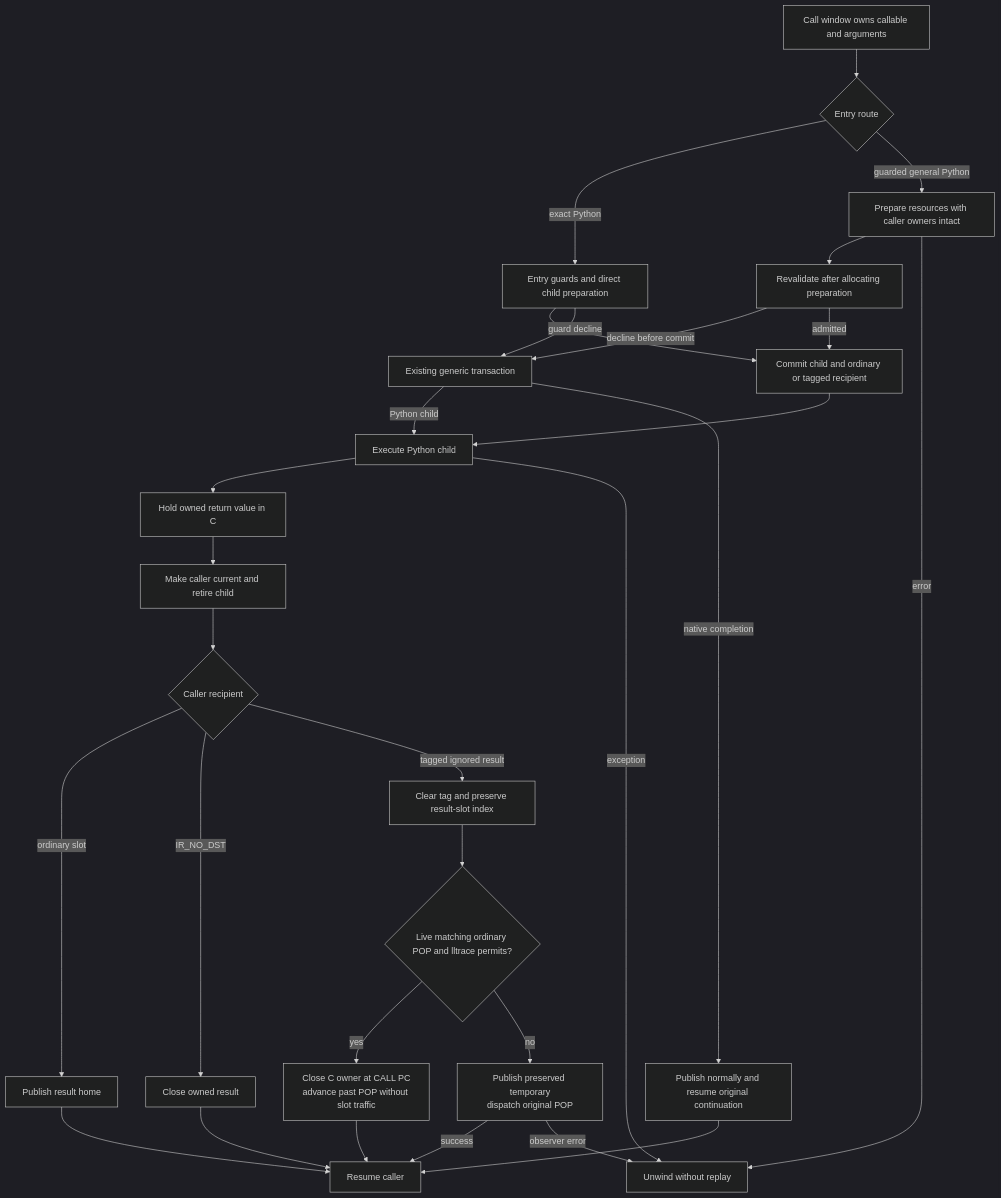
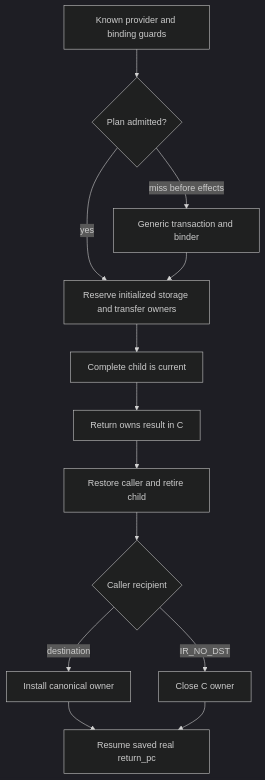
Before and after one commit to rjpower/cpython: the second of 2 diagrams in pyjit/design/interpreter.md, drawn with Mermaid (dark theme). The commit also changed other lines of this file and 37 other files, not shown here.

````diff
--- a/pyjit/design/interpreter.md
+++ b/pyjit/design/interpreter.md
@@ -179,31 +93,15 @@
 ```mermaid
 flowchart TD
-    call[Call window owns callable and arguments] --> route{Entry route}
-    route -->|exact Python| exact[Entry guards and direct child preparation]
-    route -->|guarded general Python| prep[Prepare resources with caller owners intact]
-    prep --> guards[Revalidate after allocating preparation]
-    guards -->|decline before commit| generic[Existing generic transaction]
-    exact --> commit[Commit child and ordinary or tagged recipient]
-    guards -->|admitted| commit
-    exact -->|guard decline| generic
-    commit --> child[Execute Python child]
-    generic -->|Python child| child
-    generic -->|native completion| native[Publish normally and resume original continuation]
-    child --> result[Hold owned return value in C]
-    result --> retire[Make caller current and retire child]
+    guard[Known provider and binding guards] --> decision{Plan admitted?}
+    decision -->|yes| commit[Reserve initialized storage and transfer owners]
+    decision -->|miss before effects| generic[Generic transaction and binder]
+    generic --> commit
+    commit --> child[Complete child is current]
+    child --> result[Return owns result in C]
+    result --> retire[Restore caller and retire child]
     retire --> recipient{Caller recipient}
-    recipient -->|ordinary slot| publish[Publish result home]
-    recipient -->|IR_NO_DST| close[Close owned result]
-    recipient -->|tagged ignored result| clear[Clear tag and preserve result-slot index]
-    clear --> live{Live matching ordinary POP and lltrace permits?}
-    live -->|yes| direct[Close C owner at CALL PC<br/>advance past POP without slot traffic]
-    live -->|no| fallback[Publish preserved temporary<br/>dispatch original POP]
-    publish --> resume[Resume caller]
-    close --> resume
-    direct --> resume
-    fallback -->|success| resume
-    fallback -->|observer error| error
-    native --> resume
-    prep -->|error| error[Unwind without replay]
-    child -->|exception| error
+    recipient -->|destination| store[Install canonical owner]
+    recipient -->|IR_NO_DST| discard[Close C owner]
+    store --> resume[Resume saved real return_pc]
+    discard --> resume
 ```
````
